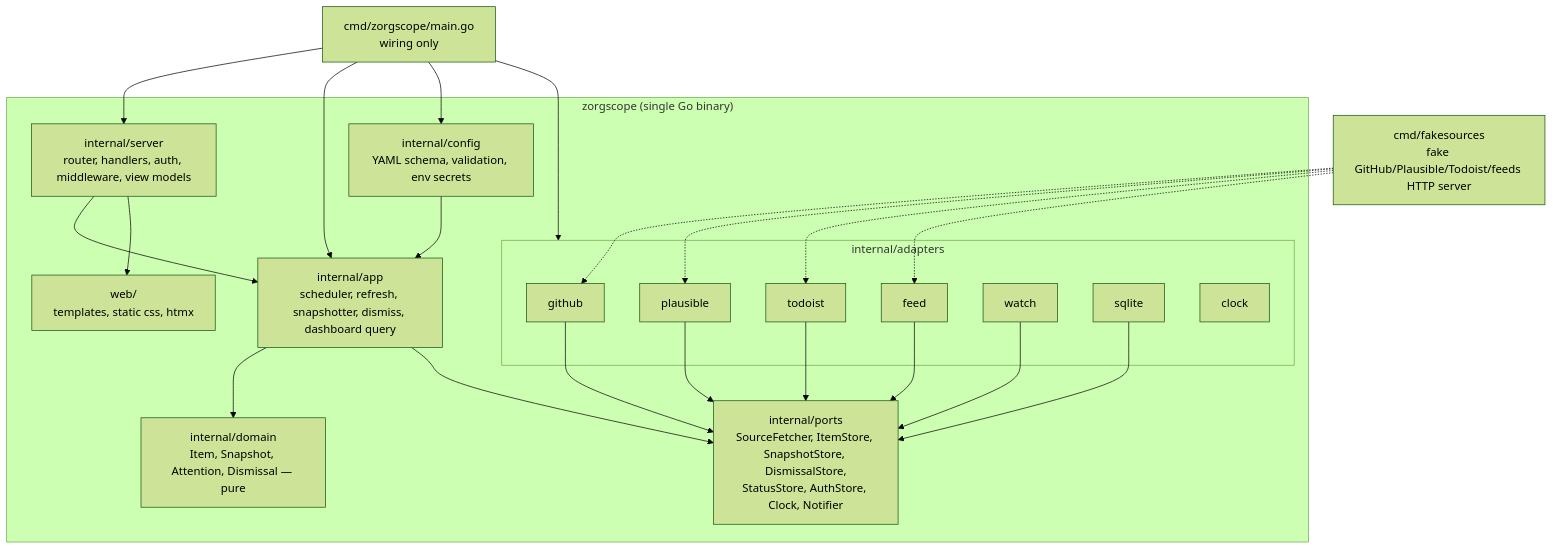
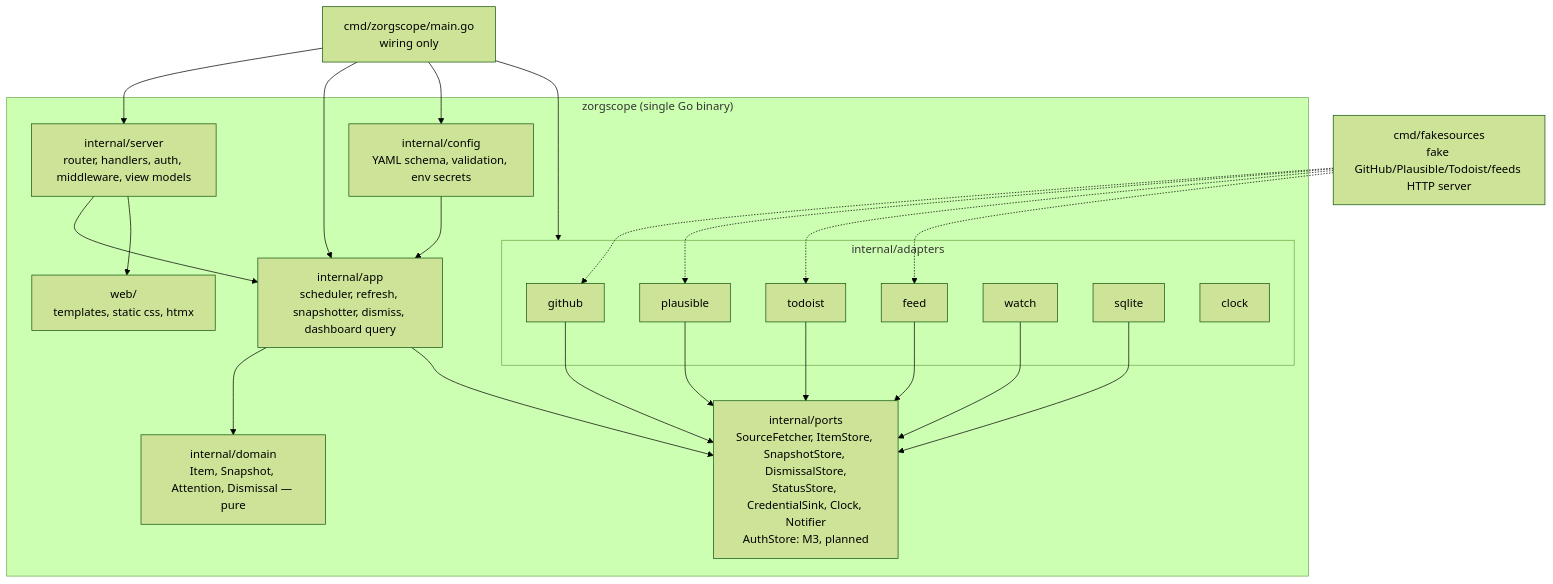
The diagram in docs/architecture/05-building-block-view.md (gernotstarke/zorgscope), drawn with Mermaid (forest theme) before and after one commit. The commit also changed other lines of this file and 1 other file, not shown here.

````diff
--- a/docs/architecture/05-building-block-view.md
+++ b/docs/architecture/05-building-block-view.md
@@ -5,28 +5,28 @@
 ```mermaid
 flowchart TB
     subgraph zorgscope["zorgscope (single Go binary)"]
         HTTP[internal/server<br/>router, handlers, auth, middleware, view models]
         APP[internal/app<br/>scheduler, refresh, snapshotter, dismiss, dashboard query]
         DOM[internal/domain<br/>Item, Snapshot, Attention, Dismissal — pure]
-        PORTS[internal/ports<br/>SourceFetcher, ItemStore, SnapshotStore, DismissalStore,<br/>StatusStore, AuthStore, Clock, Notifier]
+        PORTS[internal/ports<br/>SourceFetcher, ItemStore, SnapshotStore, DismissalStore,<br/>StatusStore, CredentialSink, Clock, Notifier<br/>AuthStore: M3, planned]
         CFG[internal/config<br/>YAML schema, validation, env secrets]
         subgraph adapters["internal/adapters"]
             GH[github]
             PL[plausible]
             TD[todoist]
             FD[feed]
             WT[watch]
             SQ[sqlite]
             CLK[clock]
         end
         WEB[web/<br/>templates, static css, htmx]
     end
     HTTP --> APP --> DOM
     APP --> PORTS
     HTTP --> WEB
     GH & PL & TD & FD & WT --> PORTS
     SQ --> PORTS
     CFG --> APP
     MAIN[cmd/zorgscope/main.go<br/>wiring only] --> HTTP & APP & CFG & adapters
     FAKE[cmd/fakesources<br/>fake GitHub/Plausible/Todoist/feeds HTTP server] -.-> GH & PL & TD & FD
 ```
````
